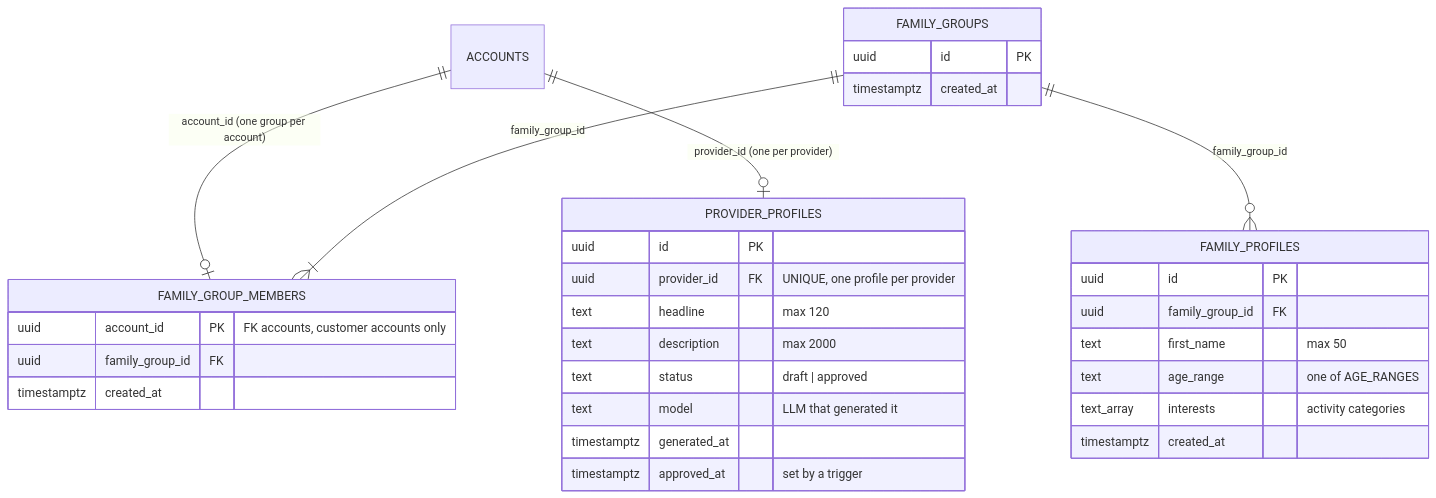
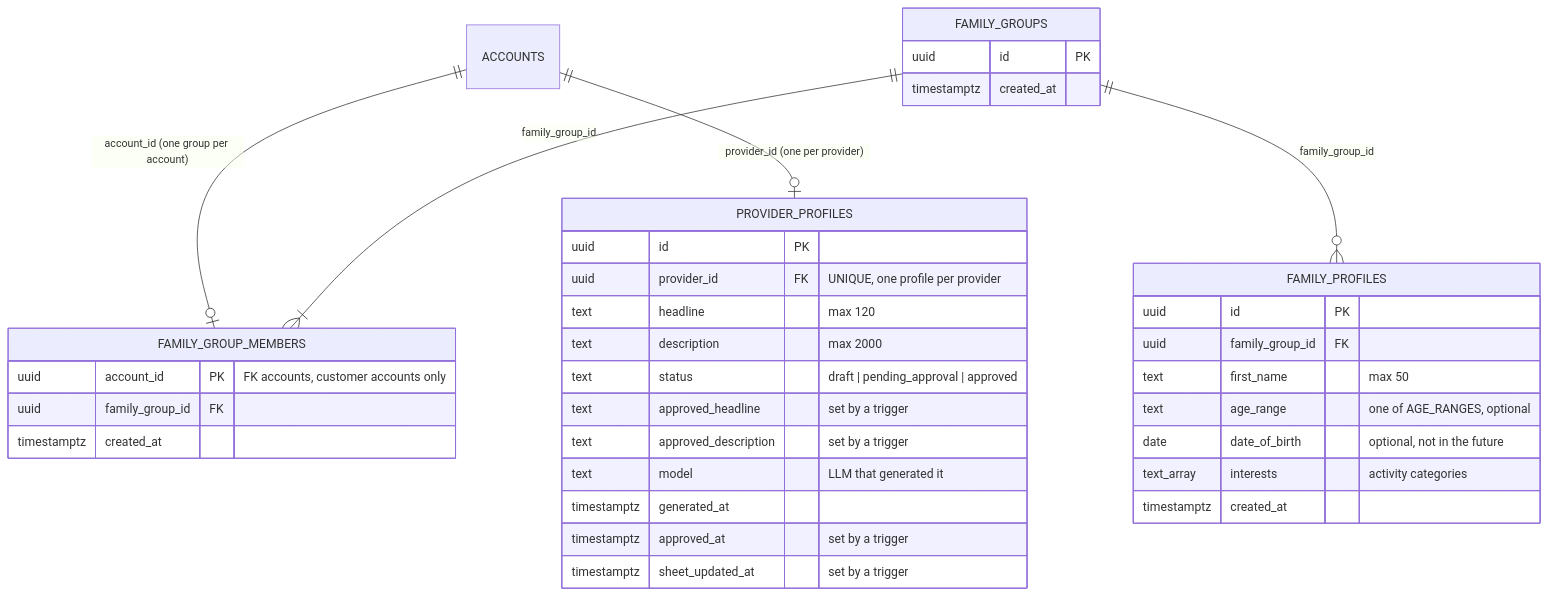
The second of 2 diagrams in docs/decisions/database.md (ednasolans/AfterBell), drawn with Mermaid before and after one commit. The commit also changed other lines of this file and 9 other files, not shown here.

Commit message:
docs: update the schema, guides and rules after C11 and #76

````diff
--- a/docs/decisions/database.md
+++ b/docs/decisions/database.md
@@ -80,35 +126,39 @@
 ```mermaid
 erDiagram
     ACCOUNTS ||--o| FAMILY_GROUP_MEMBERS : "account_id (one group per account)"
     FAMILY_GROUPS ||--|{ FAMILY_GROUP_MEMBERS : "family_group_id"
     FAMILY_GROUPS ||--o{ FAMILY_PROFILES : "family_group_id"
     ACCOUNTS ||--o| PROVIDER_PROFILES : "provider_id (one per provider)"
 
     FAMILY_GROUPS {
         uuid id PK
         timestamptz created_at
     }
     FAMILY_GROUP_MEMBERS {
         uuid account_id PK "FK accounts, customer accounts only"
         uuid family_group_id FK
         timestamptz created_at
     }
     FAMILY_PROFILES {
         uuid id PK
         uuid family_group_id FK
         text first_name "max 50"
-        text age_range "one of AGE_RANGES"
+        text age_range "one of AGE_RANGES, optional"
+        date date_of_birth "optional, not in the future"
         text_array interests "activity categories"
         timestamptz created_at
     }
     PROVIDER_PROFILES {
         uuid id PK
         uuid provider_id FK "UNIQUE, one profile per provider"
         text headline "max 120"
         text description "max 2000"
-        text status "draft | approved"
+        text status "draft | pending_approval | approved"
+        text approved_headline "set by a trigger"
+        text approved_description "set by a trigger"
         text model "LLM that generated it"
         timestamptz generated_at
         timestamptz approved_at "set by a trigger"
+        timestamptz sheet_updated_at "set by a trigger"
     }
 ```
````
